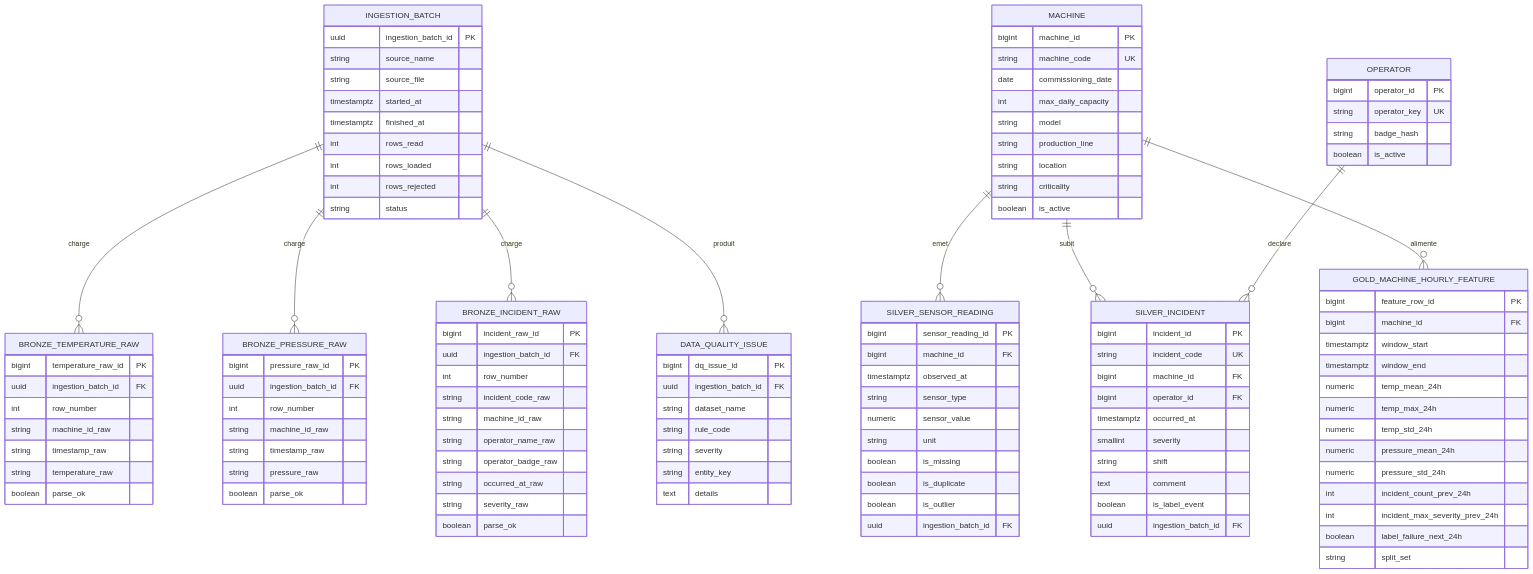
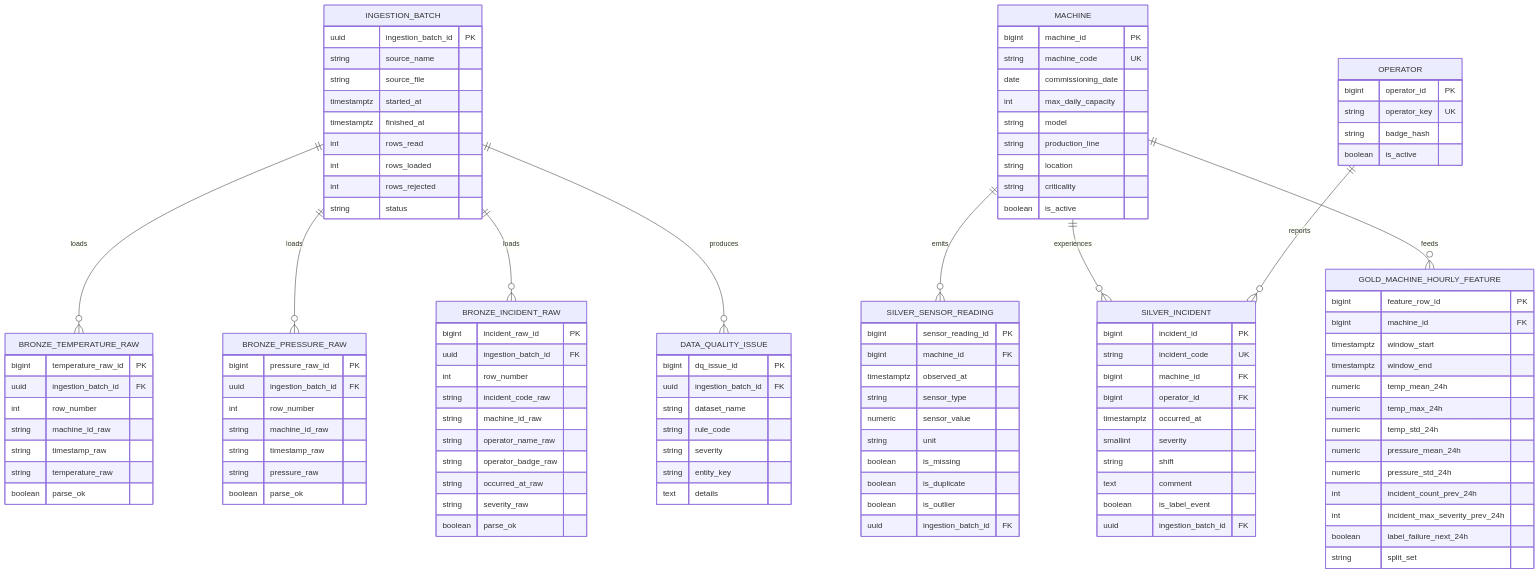
The diagram in README.md (4lb0rz/indusense_ml), drawn with Mermaid before and after one commit. The commit also changed other lines of this file and 2 other files, not shown here.

````diff
--- a/README.md
+++ b/README.md
@@ -28,14 +141,14 @@
 ```mermaid
 erDiagram
-    INGESTION_BATCH ||--o{ BRONZE_TEMPERATURE_RAW : charge
-    INGESTION_BATCH ||--o{ BRONZE_PRESSURE_RAW : charge
-    INGESTION_BATCH ||--o{ BRONZE_INCIDENT_RAW : charge
-    INGESTION_BATCH ||--o{ DATA_QUALITY_ISSUE : produit
+    INGESTION_BATCH ||--o{ BRONZE_TEMPERATURE_RAW : loads
+    INGESTION_BATCH ||--o{ BRONZE_PRESSURE_RAW : loads
+    INGESTION_BATCH ||--o{ BRONZE_INCIDENT_RAW : loads
+    INGESTION_BATCH ||--o{ DATA_QUALITY_ISSUE : produces
 
-    MACHINE ||--o{ SILVER_SENSOR_READING : emet
-    MACHINE ||--o{ SILVER_INCIDENT : subit
-    OPERATOR ||--o{ SILVER_INCIDENT : declare
-    MACHINE ||--o{ GOLD_MACHINE_HOURLY_FEATURE : alimente
+    MACHINE ||--o{ SILVER_SENSOR_READING : emits
+    MACHINE ||--o{ SILVER_INCIDENT : experiences
+    OPERATOR ||--o{ SILVER_INCIDENT : reports
+    MACHINE ||--o{ GOLD_MACHINE_HOURLY_FEATURE : feeds
 
     INGESTION_BATCH {
         uuid ingestion_batch_id PK
````
